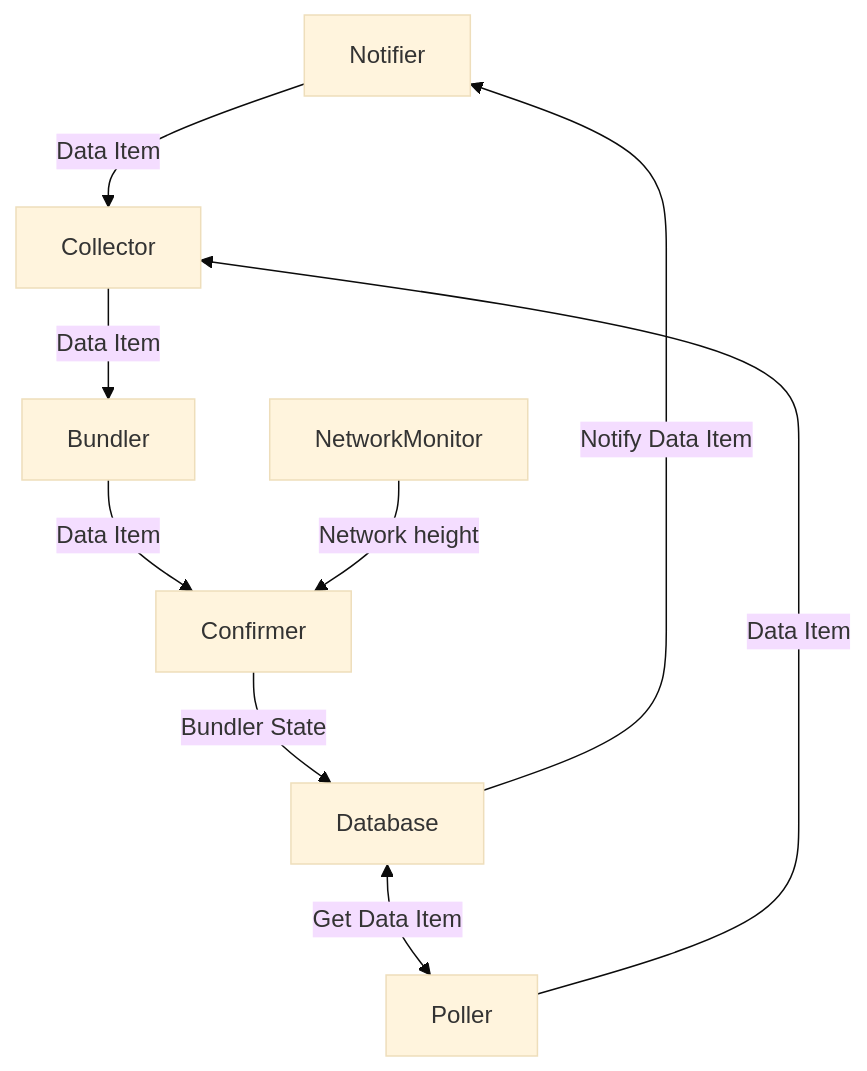
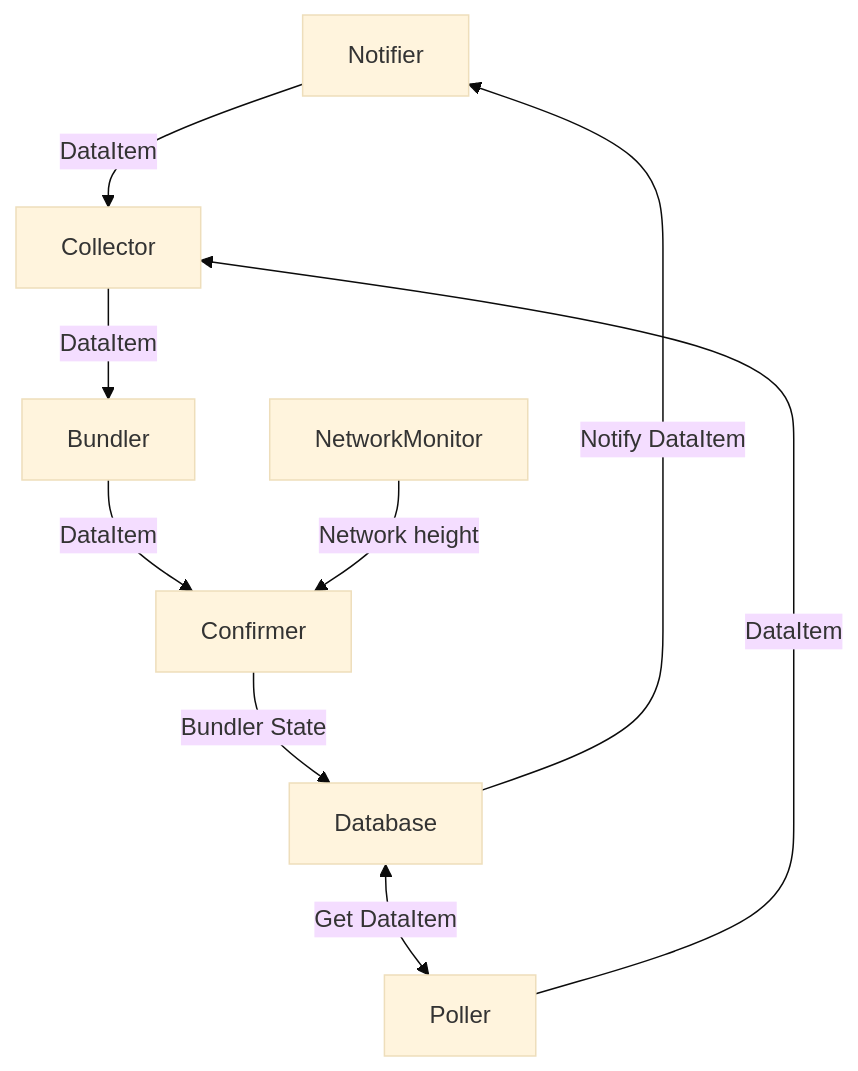
Before and after one commit to warp-contracts/academy: the diagram in warp-academy-docs/docs/syncer/services/bundler.md, drawn with Mermaid (base theme). The commit also changed other lines of this file and 9 other files, not shown here.

````diff
--- a/warp-academy-docs/docs/syncer/services/bundler.md
+++ b/warp-academy-docs/docs/syncer/services/bundler.md
@@ -37,12 +37,12 @@
 ```mermaid
 flowchart TD
-    Notifier --> |Data Item| Collector
-    Database --> |Notify Data Item| Notifier
-    Poller --> |Data Item| Collector
-    Database <--> |Get Data Item| Poller
-    Collector -->|Data Item| Bundler
-    Bundler --> |Data Item| Confirmer
+    Notifier --> |DataItem| Collector
+    Database --> |Notify DataItem| Notifier
+    Poller --> |DataItem| Collector
+    Database <--> |Get DataItem| Poller
+    Collector -->|DataItem| Bundler
+    Bundler --> |DataItem| Confirmer
     Confirmer --> |Bundler State| Database
     NetworkMonitor --> |Network height| Confirmer
 
 ```
````
